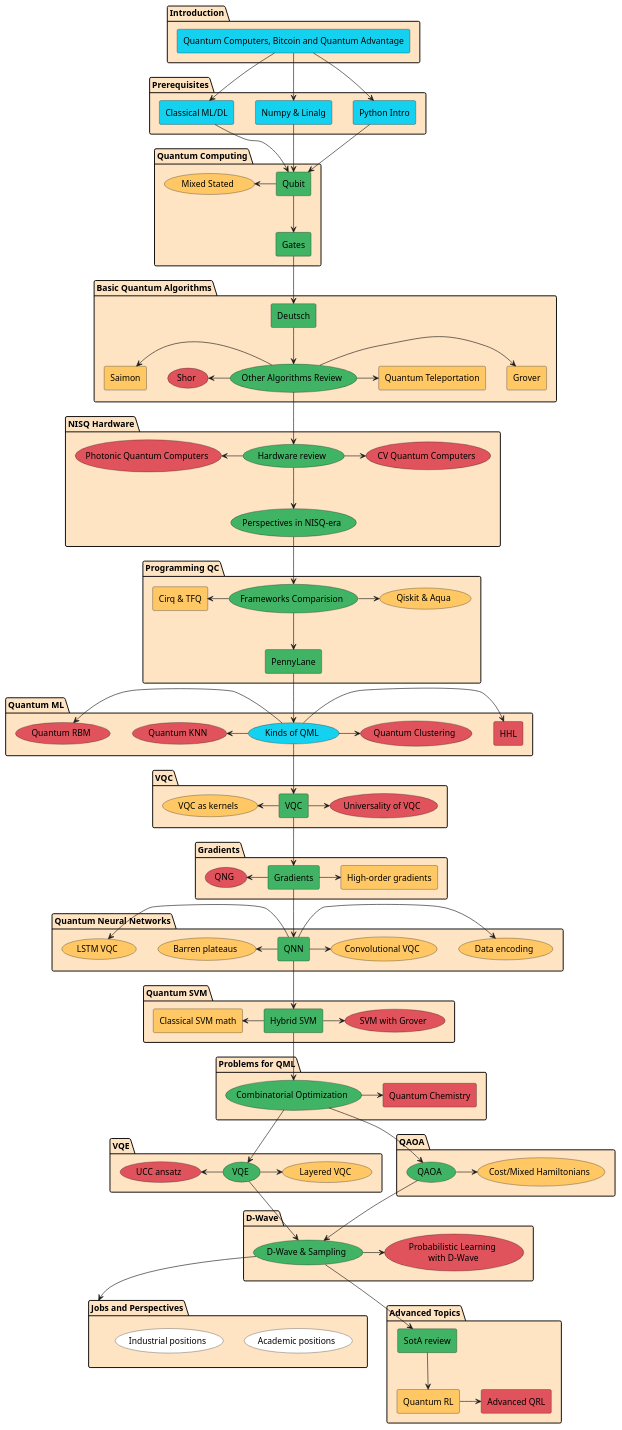
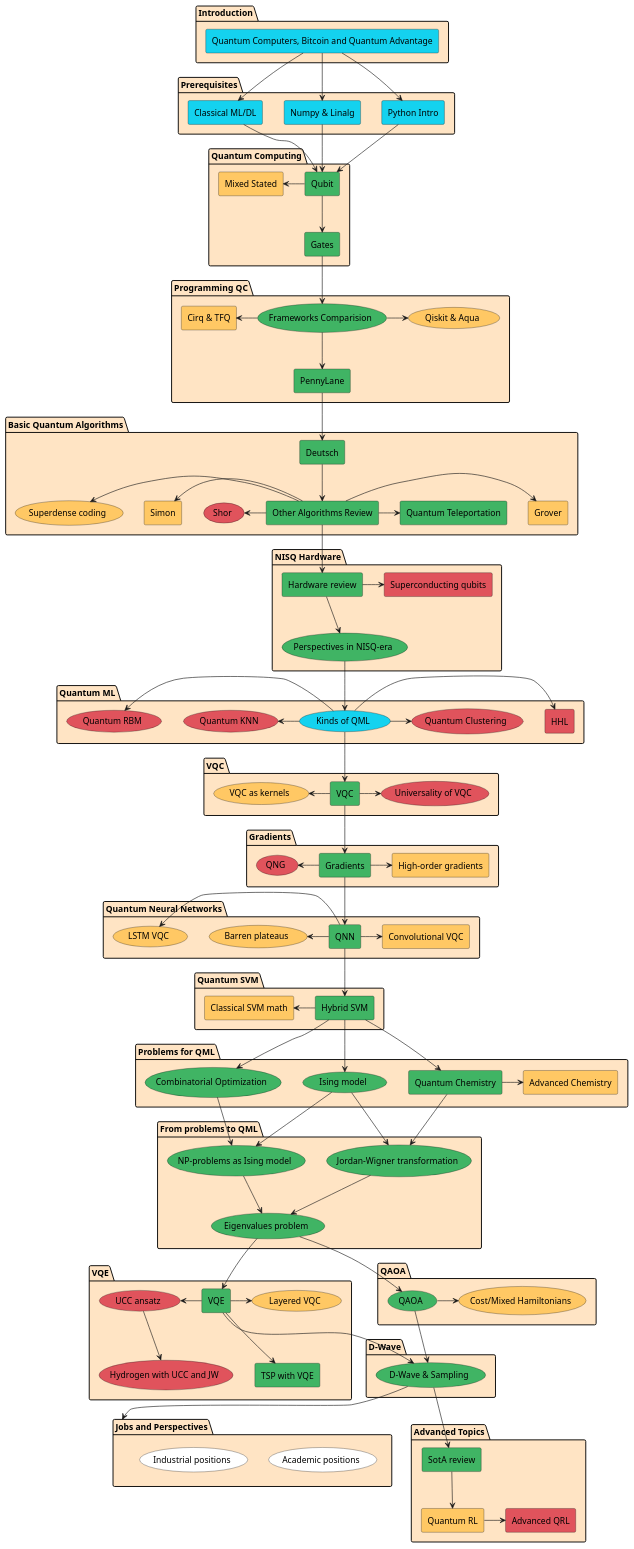
Before and after one commit to polyzer/qmlcourse: the diagram in _static/index/program.plantuml, drawn with PlantUML. The commit also changed 368 other files, not shown here.

```diff
--- a/_static/index/program.plantuml
+++ b/_static/index/program.plantuml
@@ -1,180 +1,197 @@
 @startuml
 package "Introduction" #Bisque {
         rectangle "Quantum Computers, Bitcoin and Quantum Advantage" as intro1 #14D2EF
 }
 
 package "Prerequisites" #Bisque {
         rectangle "Python Intro" as python #14D2EF
         rectangle "Numpy & Linalg" as numpy #14D2EF
         rectangle "Classical ML/DL" as ml #14D2EF
 }
 
 package "Quantum Computing" as qci #Bisque {
         rectangle "Qubit" as qubit #40B464
         rectangle "Gates" as gates #40B464
-        usecase "Mixed Stated" as mixed #FFC864
+        rectangle "Mixed Stated" as mixed #FFC864
 }
 
 package "Basic Quantum Algorithms" as qalgo #Bisque {
         rectangle "Deutsch" as deutsch #40B464
-        usecase "Other Algorithms Review" as advanced_algos #40B464
+        rectangle "Other Algorithms Review" as advanced_algos #40B464
         rectangle "Grover" as grover #FFC864
-        rectangle "Quantum Teleportation" as qtp #FFC864
-        rectangle "Saimon" as saimon #FFC864
+        rectangle "Quantum Teleportation" as qtp #40B464
+        rectangle "Simon" as saimon #FFC864
         usecase "Shor" as shor #E0535C
+        usecase "Superdense coding" as superdense_coding #FFC864
 }
 
 package "NISQ Hardware" #Bisque {
-        usecase "Hardware review" as review #40B464
+        rectangle "Hardware review" as review #40B464
         usecase "Perspectives in NISQ-era" as nisq #40B464
-        usecase "Photonic Quantum Computers" as photonic #E0535C
-        usecase "CV Quantum Computers" as cvq #E0535C
+        rectangle "Superconducting qubits" as schard #E0535C
 }
 
 package "Programming QC" #Bisque {
         usecase "Frameworks Comparision" as progcomparision #40B464
         rectangle "PennyLane" as pennylane #40B464
         usecase "Qiskit & Aqua" as qiskit #FFC864
         rectangle "Cirq & TFQ" as cirq #FFC864
 }
 
 package "Quantum ML" #Bisque {
         usecase "Kinds of QML" as qml_general #14D2EF
         rectangle "HHL" as hhl #E0535C
         usecase "Quantum KNN" as qknn #E0535C
         usecase "Quantum Clustering" as qclustering #E0535C
         usecase "Quantum RBM" as qrbm #E0535C
 }
 
 package "VQC" #Bisque {
         rectangle "VQC" as vqc #40B464
         usecase "VQC as kernels" as kernelvqc #FFC864
         usecase "Universality of VQC" as univvqc #E0535C
 }
 
 package "Gradients" #Bisque {
         rectangle "Gradients" as grad #40B464
         rectangle "High-order gradients" as hograd #FFC864
         usecase "QNG" as qng #E0535C
 }
 
 package "Quantum Neural Networks" #Bisque {
         rectangle "QNN" as qnn #40B464
         usecase "Barren plateaus" as barren #FFC864
-        usecase "Data encoding" as encoding #FFC864
-        usecase "Convolutional VQC" as convvqc #FFC864
+        rectangle "Convolutional VQC" as convvqc #FFC864
         usecase "LSTM VQC" as lstm #FFC864
 }
 
 package "Quantum SVM" #Bisque {
         rectangle "Hybrid SVM" as hsvm #40B464
         rectangle "Classical SVM math" as csvm #FFC864
-        usecase "SVM with Grover" as gsvm #E0535C
 }
 
 package "Problems for QML" #Bisque {
+        usecase "Ising model" as ising #40B464
         usecase "Combinatorial Optimization" as copt #40B464
-        rectangle "Quantum Chemistry" as qchem #E0535C
+        rectangle "Quantum Chemistry" as qchem #40B464
+        rectangle "Advanced Chemistry" as aqchem #FFC864
+}
+
+package "From problems to QML" #Bisque {
+        usecase "NP-problems as Ising model" as npising #40B464
+        usecase "Jordan-Wigner transformation" as jordan #40B464
+        usecase "Eigenvalues problem" as eigenvals #40B464
 }
 
 package "VQE" #Bisque {
-        usecase "VQE" as vqe #40B464
+        rectangle "VQE" as vqe #40B464
+        rectangle "TSP with VQE" as tspvqe #40B464
         usecase "Layered VQC" as lvqe #FFC864
-        usecase "UCC ansatz" as uuc #E0535C
+        usecase "UCC ansatz" as ucc #E0535C
+        usecase "Hydrogen with UCC and JW" as hucc #E0535C
 }
 
 package "QAOA" #Bisque {
         usecase "QAOA" as qaoa #40B464
         usecase "Cost/Mixed Hamiltonians" as hams #FFC864
 }
 
 package "D-Wave" #Bisque {
         usecase "D-Wave & Sampling" as dwave #40B464
-        usecase "Probabilistic Learning\n with D-Wave" as probml #E0535C
 }
 
 package "Jobs and Perspectives" as jobs #Bisque {
         usecase "Academic positions" as academic #White
         usecase "Industrial positions" as industrial #White
 }
 
 package "Advanced Topics" as adv #Bisque {
         rectangle "SotA review" as sota #40B464
         rectangle "Quantum RL" as qrl #FFC864
         rectangle "Advanced QRL" as aqrl #E0535C
 }
 
 intro1 --> python
 intro1 --> numpy
 intro1 --> ml
 
 python --> qubit
 numpy --> qubit
 ml --> qubit
 
 qubit --> gates
 mixed <- qubit
-gates --> deutsch
+
+gates --> progcomparision
+progcomparision --> pennylane
+cirq <- progcomparision
+progcomparision -> qiskit
+
+pennylane --> deutsch
 
 deutsch --> advanced_algos
 advanced_algos -> grover
 shor <- advanced_algos
 advanced_algos -> qtp
 saimon <- advanced_algos
+superdense_coding <- advanced_algos
 
 advanced_algos --> review
 review --> nisq
-photonic <- review
-review -> cvq
+review -> schard
 
-nisq --> progcomparision
-progcomparision --> pennylane
-cirq <- progcomparision
-progcomparision -> qiskit
-
-pennylane --> qml_general
+nisq --> qml_general
 
 qml_general -> hhl
 qknn <- qml_general
 qml_general -> qclustering
 qrbm <- qml_general
 
 qml_general --> vqc
 kernelvqc <- vqc
 vqc -> univvqc
 
 vqc --> grad
 qng <- grad
 grad -> hograd
 
 grad --> qnn
 barren <- qnn
-qnn -> encoding
 lstm <- qnn
 qnn -> convvqc
 
 qnn --> hsvm
 csvm <- hsvm
-hsvm -> gsvm
 
+hsvm --> ising
 hsvm --> copt
-copt -> qchem
+hsvm --> qchem
+qchem -> aqchem
+qchem --> jordan
+ising --> npising
+ising --> jordan
+copt --> npising
 
-copt --> vqe
-uuc <- vqe
+npising --> eigenvals
+jordan --> eigenvals
+
+eigenvals --> vqe
+eigenvals --> qaoa
+
+ucc <- vqe
+ucc --> hucc
 vqe -> lvqe
+vqe --> tspvqe
 
-copt --> qaoa
 qaoa -> hams
 
 qaoa --> dwave
 vqe --> dwave
-dwave -> probml
 
 dwave --> jobs
 
 dwave --> sota
 sota --> qrl
 qrl -> aqrl
 
 @enduml
```
